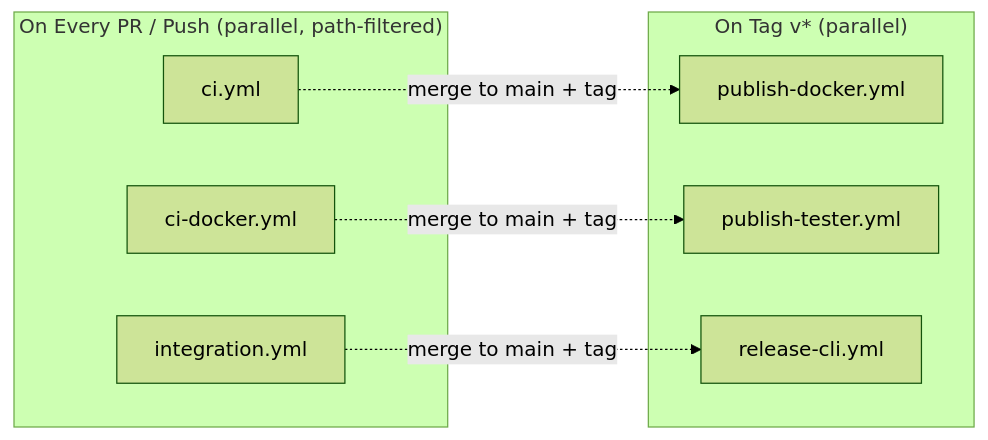
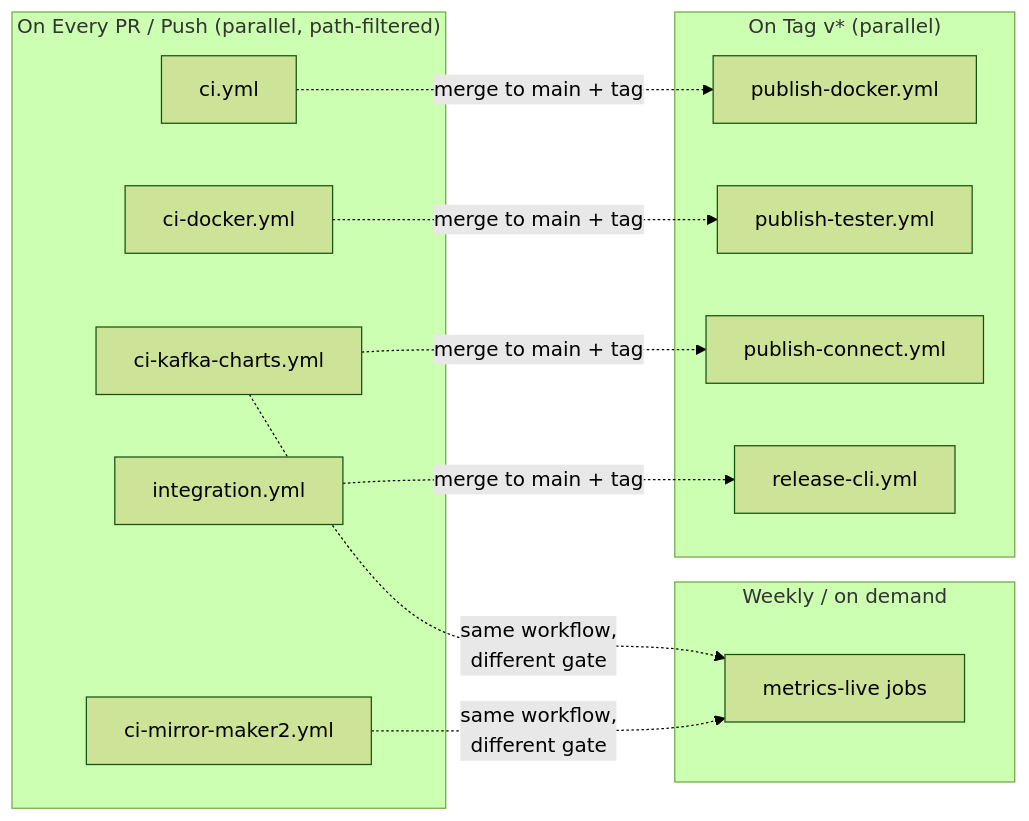
One commit to actions-marketplace-validations/bmscomp_kates changed the second of 2 diagrams in docs/book/appendix-c-cicd.md. Above: the diagram before and after it, drawn with Mermaid (forest theme). The commit also changed other lines of this file and 284 other files, not shown here.

````diff
--- a/docs/book/appendix-c-cicd.md
+++ b/docs/book/appendix-c-cicd.md
@@ -304,18 +431,28 @@
 ```mermaid
 graph LR
     subgraph "On Every PR / Push (parallel, path-filtered)"
         A[ci.yml]
+        A2[ci-kafka-charts.yml]
+        A3[ci-mirror-maker2.yml]
         B[ci-docker.yml]
         C[integration.yml]
+    end
+
+    subgraph "Weekly / on demand"
+        G[metrics-live jobs]
     end
 
     subgraph "On Tag v* (parallel)"
         D[publish-docker.yml]
         E[publish-tester.yml]
+        H[publish-connect.yml]
         F[release-cli.yml]
     end
 
+    A2 -.->|"same workflow,<br/>different gate"| G
+    A3 -.->|"same workflow,<br/>different gate"| G
     A -.->|"merge to main + tag"| D
     B -.->|"merge to main + tag"| E
     C -.->|"merge to main + tag"| F
+    A2 -.->|"merge to main + tag"| H
 ```
````
